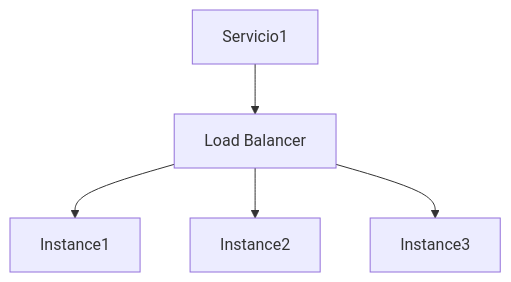
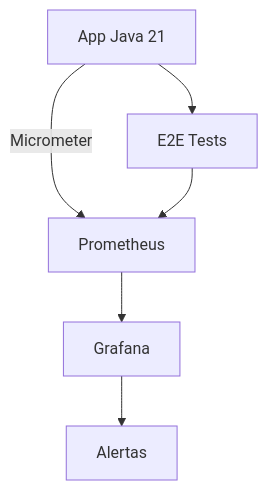
The fourth of 6 diagrams in _Review/testing_e2e_en_microservicios/testing_e2e_en_microservicios.md (Joaquinriosheredia/DAM-Java-Mastery), drawn with Mermaid before and after one commit. The commit also changed other lines of this file, not shown here.

````diff
--- a/_Review/testing_e2e_en_microservicios/testing_e2e_en_microservicios.md
+++ b/_Review/testing_e2e_en_microservicios/testing_e2e_en_microservicios.md
@@ -855,7 +250,8 @@
 ```mermaid
 graph TD
-    A[Servicio1] --> B[Load Balancer]
-    B --> C[Instance1]
-    B --> D[Instance2]
-    B --> E[Instance3]
+    A[App Java 21] -->|Micrometer| B[Prometheus]
+    B --> C[Grafana]
+    C --> D[Alertas]
+    A --> E[E2E Tests]
+    E --> B
 ```
````
